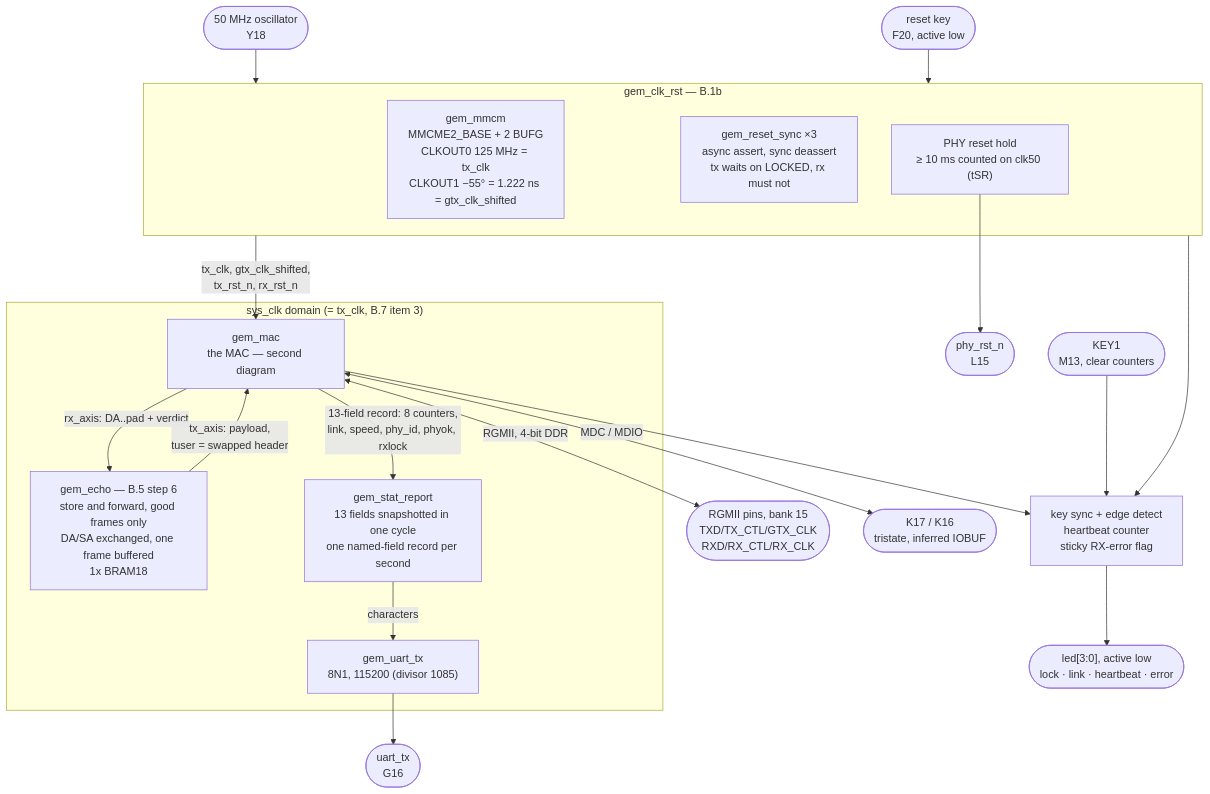
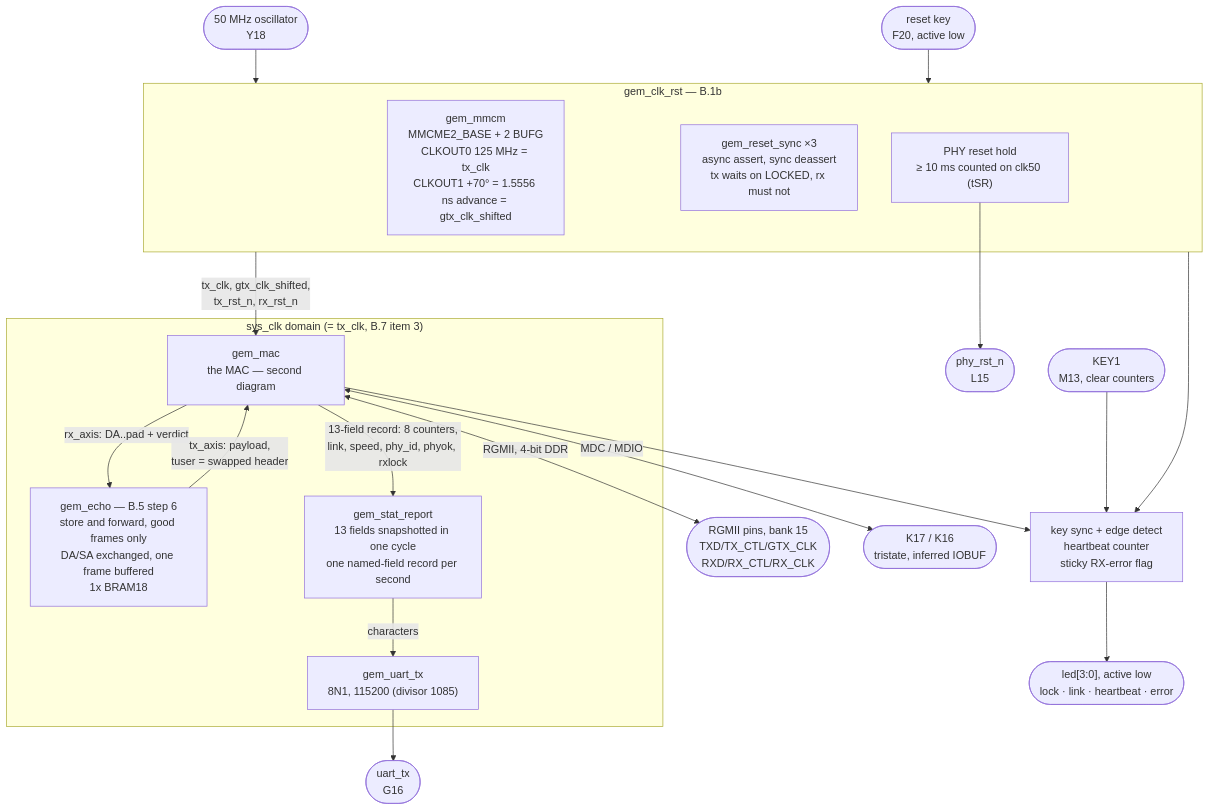
The first of 2 diagrams in spec/block_diagram.md (sraghup7/MAC-1G), drawn with Mermaid before and after one commit. The commit also changed other lines of this file and 14 other files, not shown here.

````diff
--- a/spec/block_diagram.md
+++ b/spec/block_diagram.md
@@ -17,34 +17,34 @@
 ```mermaid
 flowchart TB
     OSC(["50 MHz oscillator\nY18"]) --> CLKRST
     KEY(["reset key\nF20, active low"]) --> CLKRST
     KEY1(["KEY1\nM13, clear counters"]) --> GLUE
 
     subgraph CLKRST["gem_clk_rst — B.1b"]
-        MMCM["gem_mmcm\nMMCME2_BASE + 2 BUFG\nCLKOUT0 125 MHz = tx_clk\nCLKOUT1 −55° = 1.222 ns = gtx_clk_shifted"]
+        MMCM["gem_mmcm\nMMCME2_BASE + 2 BUFG\nCLKOUT0 125 MHz = tx_clk\nCLKOUT1 +70° = 1.5556 ns advance = gtx_clk_shifted"]
         RSTS["gem_reset_sync ×3\nasync assert, sync deassert\ntx waits on LOCKED, rx must not"]
         PHYHOLD["PHY reset hold\n≥ 10 ms counted on clk50 (tSR)"]
     end
 
     subgraph SYSDOM["sys_clk domain (= tx_clk, B.7 item 3)"]
         MAC["gem_mac\nthe MAC — second diagram"]
         ECHO["gem_echo — B.5 step 6\nstore and forward, good frames only\nDA/SA exchanged, one frame buffered\n1x BRAM18"]
         REPORT["gem_stat_report\n13 fields snapshotted in one cycle\none named-field record per second"]
         UART["gem_uart_tx\n8N1, 115200 (divisor 1085)"]
     end
 
     CLKRST -->|tx_clk, gtx_clk_shifted,\ntx_rst_n, rx_rst_n| MAC
     PHYHOLD --> PHYRSTPIN(["phy_rst_n\nL15"])
 
     MAC -->|rx_axis: DA..pad + verdict| ECHO
     ECHO -->|tx_axis: payload,\ntuser = swapped header| MAC
     MAC -->|13-field record: 8 counters,\nlink, speed, phy_id, phyok, rxlock| REPORT
     REPORT -->|characters| UART --> UARTPIN(["uart_tx\nG16"])
 
     MAC <-->|RGMII, 4-bit DDR| RGMIIPINS(["RGMII pins, bank 15\nTXD/TX_CTL/GTX_CLK\nRXD/RX_CTL/RX_CLK"])
     MAC <-->|MDC / MDIO| MDIOPINS(["K17 / K16\ntristate, inferred IOBUF"])
 
     MAC --> GLUE
     CLKRST --> GLUE
     GLUE["key sync + edge detect\nheartbeat counter\nsticky RX-error flag"] --> LEDS(["led[3:0], active low\nlock · link · heartbeat · error"])
 ```
````
